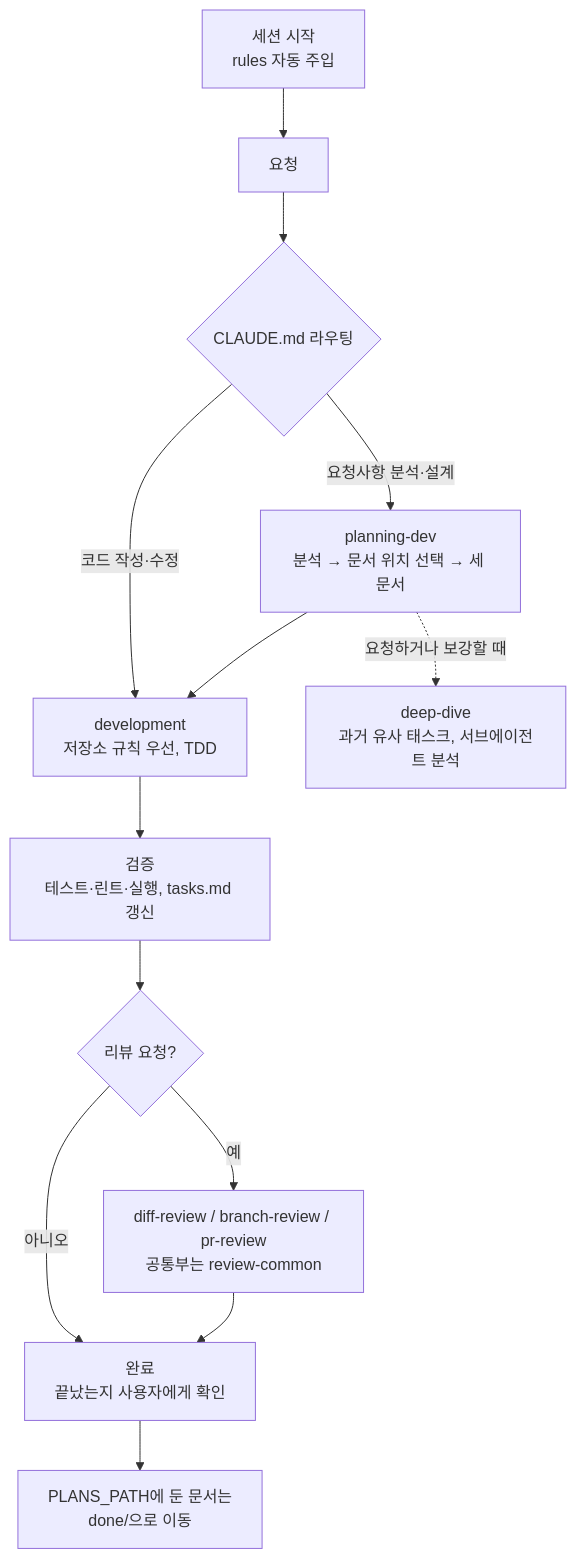
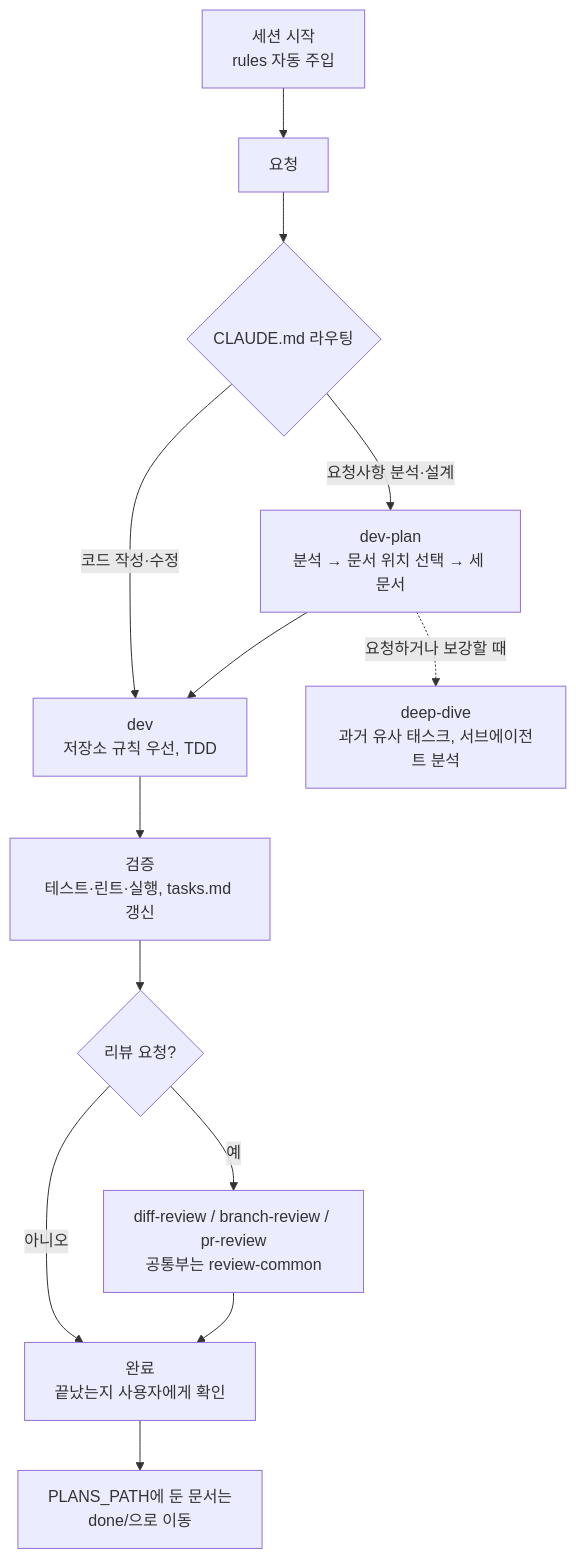
Before and after one commit to 1Dohyeon/claude-sync: the diagram in README.md, drawn with Mermaid. The commit also changed other lines of this file and 17 other files, not shown here.

First line of the commit message:
refactor: 개발 스킬 참조와 라우팅을 dev·dev-plan·dev-tdd로 고침

````diff
--- a/README.md
+++ b/README.md
@@ -96,15 +97,15 @@
 ```mermaid
 flowchart TD
     A["세션 시작<br/>rules 자동 주입"] --> B["요청"]
     B --> C{"CLAUDE.md 라우팅"}
-    C -->|"요청사항 분석·설계"| D["planning-dev<br/>분석 → 문서 위치 선택 → 세 문서"]
-    C -->|"코드 작성·수정"| E["development<br/>저장소 규칙 우선, TDD"]
+    C -->|"요청사항 분석·설계"| D["dev-plan<br/>분석 → 문서 위치 선택 → 세 문서"]
+    C -->|"코드 작성·수정"| E["dev<br/>저장소 규칙 우선, TDD"]
     D -.->|"요청하거나 보강할 때"| DD["deep-dive<br/>과거 유사 태스크, 서브에이전트 분석"]
     D --> E
     E --> F["검증<br/>테스트·린트·실행, tasks.md 갱신"]
     F --> G{"리뷰 요청?"}
     G -->|"예"| H["diff-review / branch-review / pr-review<br/>공통부는 review-common"]
     G -->|"아니오"| I["완료<br/>끝났는지 사용자에게 확인"]
     H --> I
     I --> J["PLANS_PATH에 둔 문서는<br/>done/으로 이동"]
 ```
````
